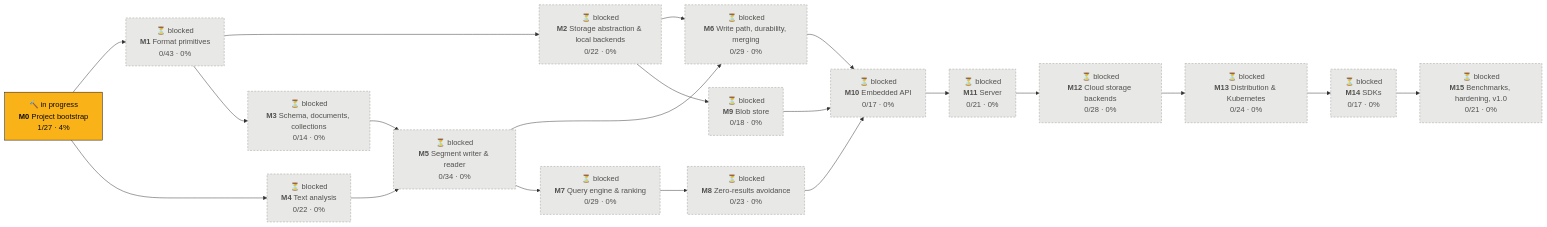
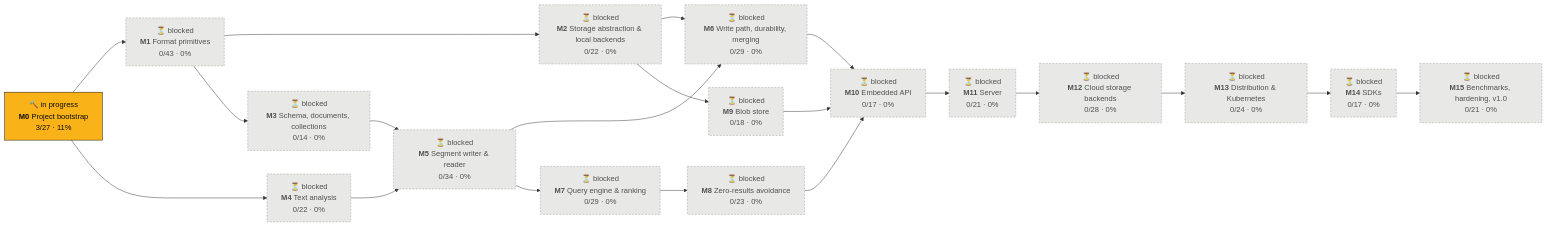
The first of 2 diagrams in PROGRESS.md (tomiok/persiaDB), drawn with Mermaid before and after one commit. The commit also changed other lines of this file and 4 other files, not shown here.

````diff
--- a/PROGRESS.md
+++ b/PROGRESS.md
@@ -14,42 +14,42 @@
 ```mermaid
 flowchart LR
-  M0["🔨 in progress<br/><b>M0</b> Project bootstrap<br/>1/27 · 4%"]:::doing
+  M0["🔨 in progress<br/><b>M0</b> Project bootstrap<br/>3/27 · 11%"]:::doing
   M1["⏳ blocked<br/><b>M1</b> Format primitives<br/>0/43 · 0%"]:::blocked
   M2["⏳ blocked<br/><b>M2</b> Storage abstraction & local backends<br/>0/22 · 0%"]:::blocked
   M3["⏳ blocked<br/><b>M3</b> Schema, documents, collections<br/>0/14 · 0%"]:::blocked
   M4["⏳ blocked<br/><b>M4</b> Text analysis<br/>0/22 · 0%"]:::blocked
   M5["⏳ blocked<br/><b>M5</b> Segment writer & reader<br/>0/34 · 0%"]:::blocked
   M6["⏳ blocked<br/><b>M6</b> Write path, durability, merging<br/>0/29 · 0%"]:::blocked
   M7["⏳ blocked<br/><b>M7</b> Query engine & ranking<br/>0/29 · 0%"]:::blocked
   M8["⏳ blocked<br/><b>M8</b> Zero-results avoidance<br/>0/23 · 0%"]:::blocked
   M9["⏳ blocked<br/><b>M9</b> Blob store<br/>0/18 · 0%"]:::blocked
   M10["⏳ blocked<br/><b>M10</b> Embedded API<br/>0/17 · 0%"]:::blocked
   M11["⏳ blocked<br/><b>M11</b> Server<br/>0/21 · 0%"]:::blocked
   M12["⏳ blocked<br/><b>M12</b> Cloud storage backends<br/>0/28 · 0%"]:::blocked
   M13["⏳ blocked<br/><b>M13</b> Distribution & Kubernetes<br/>0/24 · 0%"]:::blocked
   M14["⏳ blocked<br/><b>M14</b> SDKs<br/>0/17 · 0%"]:::blocked
   M15["⏳ blocked<br/><b>M15</b> Benchmarks, hardening, v1.0<br/>0/21 · 0%"]:::blocked
   M0 --> M1
   M1 --> M2
   M1 --> M3
   M0 --> M4
   M3 --> M5
   M4 --> M5
   M2 --> M6
   M5 --> M6
   M5 --> M7
   M7 --> M8
   M2 --> M9
   M6 --> M10
   M8 --> M10
   M9 --> M10
   M10 --> M11
   M11 --> M12
   M12 --> M13
   M13 --> M14
   M14 --> M15
   classDef done fill:#0ca30c,stroke:#0b0b0b,color:#0b0b0b
   classDef doing fill:#fab219,stroke:#0b0b0b,color:#0b0b0b
   classDef ready fill:#fcfcfb,stroke:#0b0b0b,stroke-width:2px,color:#0b0b0b
   classDef blocked fill:#e8e8e6,stroke:#9a9a96,stroke-dasharray:4 3,color:#52514e
 ```
````
